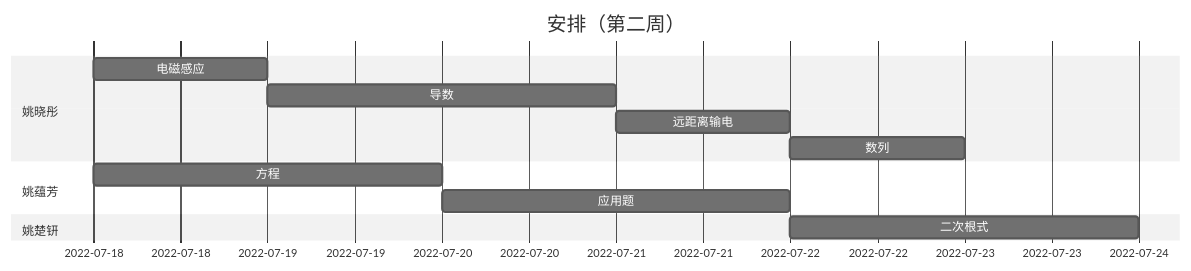
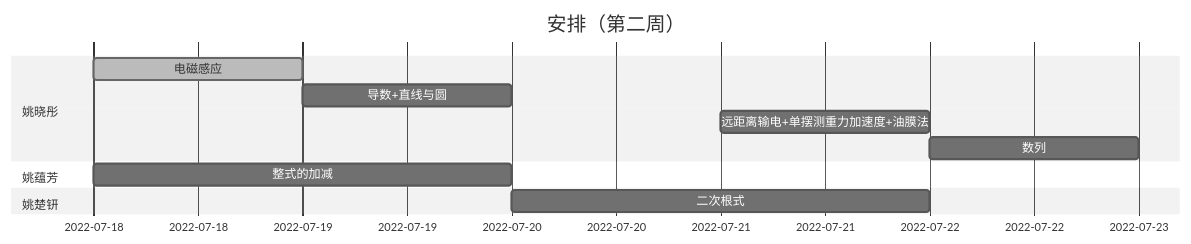
One commit to Drunk-Dream/VSCODE changed the second of 2 diagrams in Markdown/补习/补课安排.md. Above: the diagram before and after it, drawn with Mermaid (neutral theme). The commit also changed other lines of this file, not shown here.

````diff
--- a/Markdown/补习/补课安排.md
+++ b/Markdown/补习/补课安排.md
@@ -24,16 +24,15 @@
 ```mermaid
 gantt
     title 安排（第二周）
-    dateFormat YYYY-MM-DD
+    dateFormat YY-MM-DD
     section 姚晓彤
-        电磁感应:des11,2022-07-18,1d
-        导数:des12,2022-07-19,2d
-        远距离输电:des12,2022-07-21,1d
-        数列:des14,2022-07-22,1d
+        电磁感应:done,des11,22-07-18,1d
+        导数+直线与圆:des12,22-07-19,1d
+        远距离输电+单摆测重力加速度+油膜法:des12,22-07-21,1d
+        数列:des14,22-07-22,1d
     section 姚蕴芳
-        方程:des21,2022-07-18,2d
-        应用题:des22,2022-07-20,2d
+        整式的加减:des21,22-07-18,2d
     section 姚楚钘
-            二次根式:des31,2022-07-22,2d
+        二次根式:des31,22-07-20,2d
     section 张曦予
 ```
````
